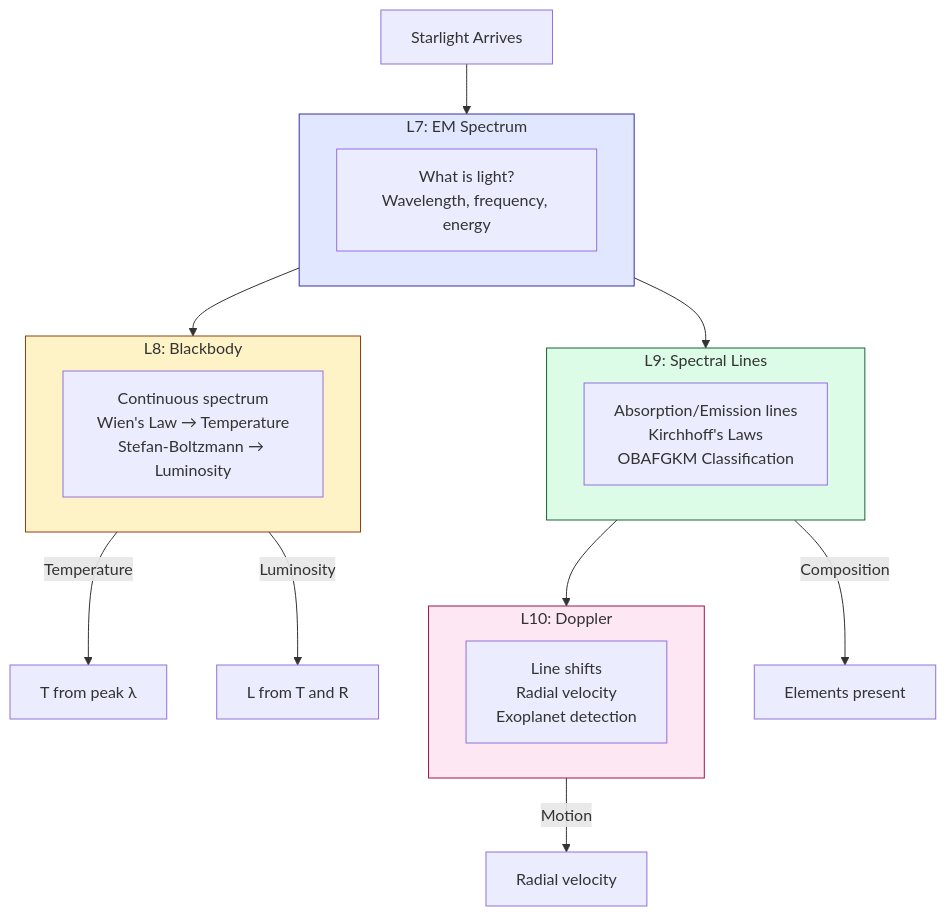
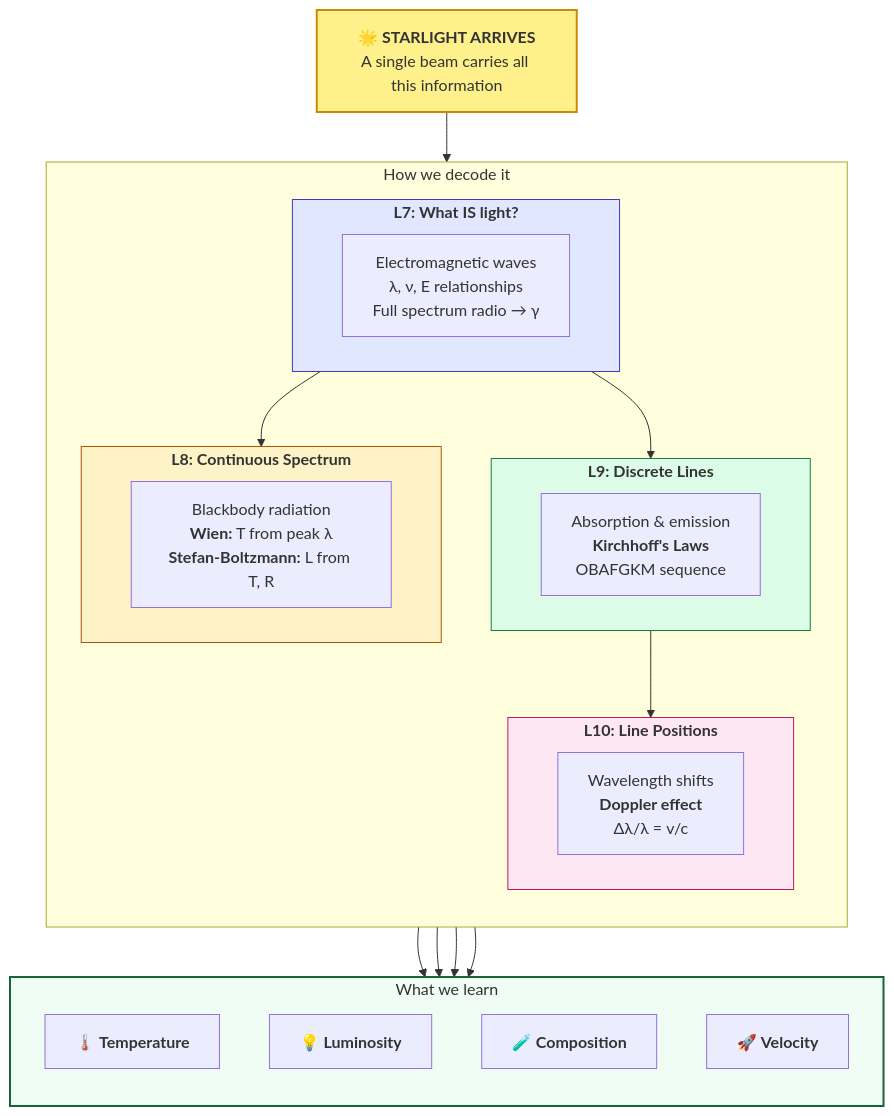
Before and after one commit to astrobytes-edu/astr101-sp26: the fourth of 5 diagrams in modules/module-01/synthesis/concept-map.qmd, drawn with Mermaid. The commit also changed other lines of this file and 15 other files, not shown here.

````diff
--- a/modules/module-01/synthesis/concept-map.qmd
+++ b/modules/module-01/synthesis/concept-map.qmd
@@ -143,35 +177,45 @@
 ```{mermaid}
+%%| fig-width: 8
 flowchart TB
-    LIGHT[Starlight Arrives]
+    LIGHT["🌟 <b>STARLIGHT ARRIVES</b><br/>A single beam carries all this information"]
 
-    subgraph L7["L7: EM Spectrum"]
-        EM[What is light?<br/>Wavelength, frequency, energy]
+    subgraph analysis["How we decode it"]
+        direction TB
+
+        subgraph L7box["<b>L7: What IS light?</b>"]
+            EM["Electromagnetic waves<br/>λ, ν, E relationships<br/>Full spectrum radio → γ"]
+        end
+
+        subgraph L8box["<b>L8: Continuous Spectrum</b>"]
+            BB["Blackbody radiation<br/><b>Wien:</b> T from peak λ<br/><b>Stefan-Boltzmann:</b> L from T, R"]
+        end
+
+        subgraph L9box["<b>L9: Discrete Lines</b>"]
+            SL["Absorption & emission<br/><b>Kirchhoff's Laws</b><br/>OBAFGKM sequence"]
+        end
+
+        subgraph L10box["<b>L10: Line Positions</b>"]
+            DOP["Wavelength shifts<br/><b>Doppler effect</b><br/>Δλ/λ = v/c"]
+        end
     end
 
-    subgraph L8["L8: Blackbody"]
-        BB[Continuous spectrum<br/>Wien's Law → Temperature<br/>Stefan-Boltzmann → Luminosity]
+    subgraph results["What we learn"]
+        direction TB
+        TEMP["🌡️ <b>Temperature</b>"]
+        LUM["💡 <b>Luminosity</b>"]
+        COMP["🧪 <b>Composition</b>"]
+        MOT["🚀 <b>Velocity</b>"]
     end
 
-    subgraph L9["L9: Spectral Lines"]
-        SL[Absorption/Emission lines<br/>Kirchhoff's Laws<br/>OBAFGKM Classification]
-    end
+    LIGHT --> L7box
+    L7box --> L8box --> TEMP & LUM
+    L7box --> L9box --> COMP
+    L9box --> L10box --> MOT
 
-    subgraph L10["L10: Doppler"]
-        DOP[Line shifts<br/>Radial velocity<br/>Exoplanet detection]
-    end
-
-    LIGHT --> L7
-    L7 --> L8
-    L7 --> L9
-    L9 --> L10
-
-    L8 --> |"Temperature"| TEMP[T from peak λ]
-    L8 --> |"Luminosity"| LUM[L from T and R]
-    L9 --> |"Composition"| COMP[Elements present]
-    L10 --> |"Motion"| MOT[Radial velocity]
-
-    style L7 fill:#e0e7ff,stroke:#3730a3
-    style L8 fill:#fef3c7,stroke:#92400e
-    style L9 fill:#dcfce7,stroke:#166534
-    style L10 fill:#fce7f3,stroke:#9d174d
+    style LIGHT fill:#fef08a,stroke:#ca8a04,stroke-width:2px
+    style L7box fill:#e0e7ff,stroke:#4338ca,stroke-width:1px
+    style L8box fill:#fef3c7,stroke:#b45309,stroke-width:1px
+    style L9box fill:#dcfce7,stroke:#15803d,stroke-width:1px
+    style L10box fill:#fce7f3,stroke:#be185d,stroke-width:1px
+    style results fill:#f0fdf4,stroke:#166534,stroke-width:2px
 ```
````
